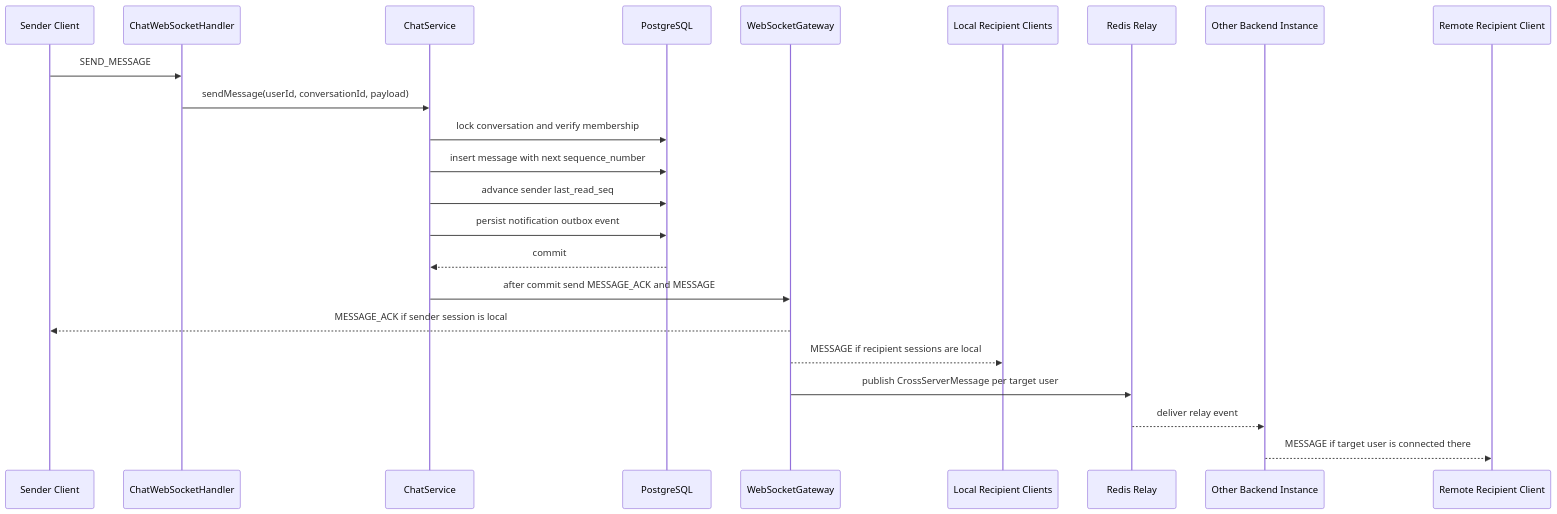
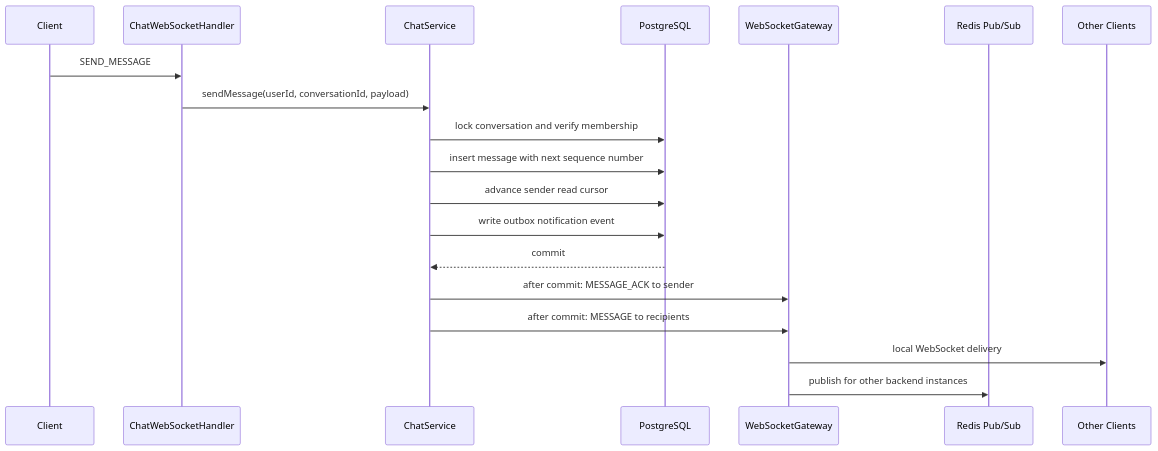
The third of 5 diagrams in README.md (SudhanshuSingh6/ChatFlow), drawn with Mermaid before and after one commit. The commit also changed other lines of this file, not shown here.

````diff
--- a/README.md
+++ b/README.md
@@ -119,26 +115,22 @@
 ```mermaid
 sequenceDiagram
-  participant C as Sender Client
+  participant C as Client
   participant WS as ChatWebSocketHandler
   participant S as ChatService
   participant DB as PostgreSQL
   participant G as WebSocketGateway
-  participant L as Local Recipient Clients
-  participant R as Redis Relay
-  participant B as Other Backend Instance
-  participant O as Remote Recipient Client
+  participant R as Redis Pub/Sub
+  participant O as Other Clients
 
   C->>WS: SEND_MESSAGE
   WS->>S: sendMessage(userId, conversationId, payload)
   S->>DB: lock conversation and verify membership
-  S->>DB: insert message with next sequence_number
-  S->>DB: advance sender last_read_seq
-  S->>DB: persist notification outbox event
+  S->>DB: insert message with next sequence number
+  S->>DB: advance sender read cursor
+  S->>DB: write outbox notification event
   DB-->>S: commit
-  S->>G: after commit send MESSAGE_ACK and MESSAGE
-  G-->>C: MESSAGE_ACK if sender session is local
-  G-->>L: MESSAGE if recipient sessions are local
-  G->>R: publish CrossServerMessage per target user
-  R-->>B: deliver relay event
-  B-->>O: MESSAGE if target user is connected there
+  S->>G: after commit: MESSAGE_ACK to sender
+  S->>G: after commit: MESSAGE to recipients
+  G->>O: local WebSocket delivery
+  G->>R: publish for other backend instances
 ```
````
